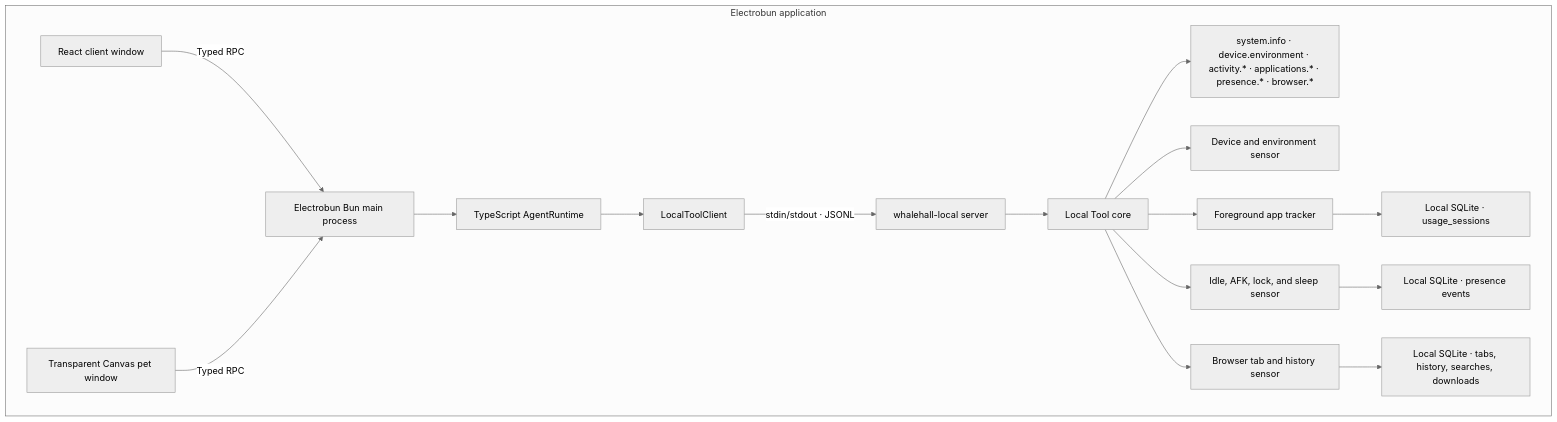
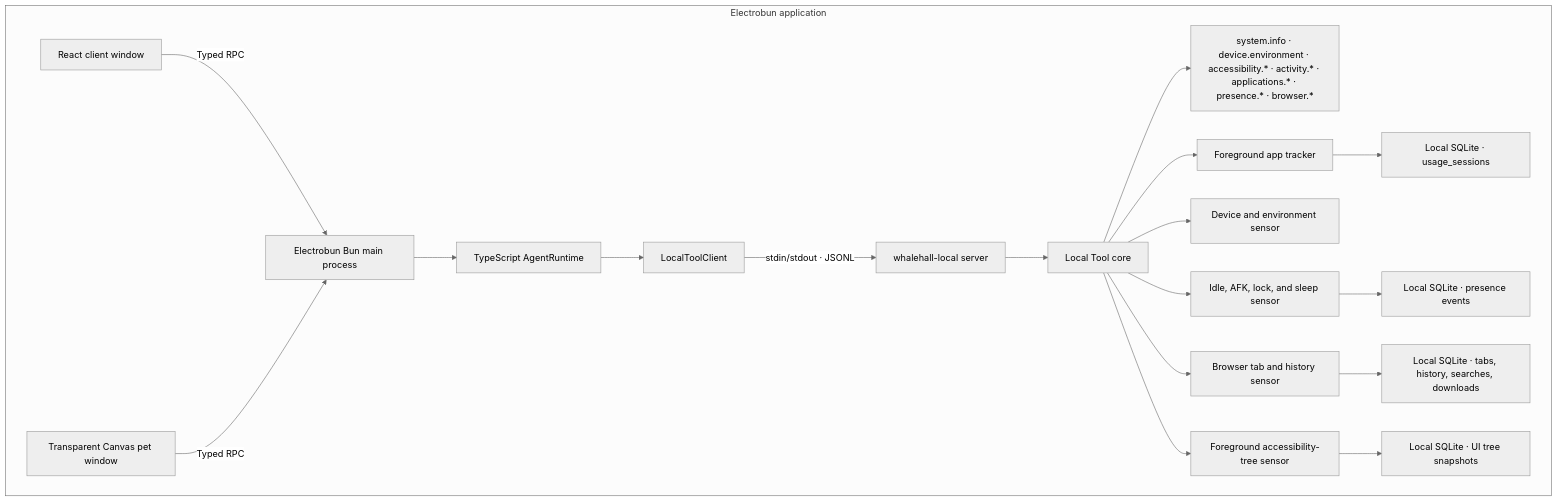
One commit to Sea-Go/Sea-WhaleHall changed the diagram in README.md. Above: the diagram before and after it, drawn with Mermaid (neutral theme). The commit also changed other lines of this file and 1 other file, not shown here.

Commit message:
feat(runtime): run accessibility sensor service

````diff
--- a/README.md
+++ b/README.md
@@ -11,19 +11,21 @@
 ```mermaid
 flowchart TB
   subgraph App["Electrobun application"]
     Client["React client window"] -->|"Typed RPC"| Bun["Electrobun Bun main process"]
     Pet["Transparent Canvas pet window"] -->|"Typed RPC"| Bun
     Bun --> Agent["TypeScript AgentRuntime"]
     Agent --> LocalClient["LocalToolClient"]
     LocalClient -->|"stdin/stdout · JSONL"| Server["whalehall-local server"]
     Server --> Core["Local Tool core"]
-    Core --> Tools["system.info · device.environment · activity.* · applications.* · presence.* · browser.*"]
+    Core --> Tools["system.info · device.environment · accessibility.* · activity.* · applications.* · presence.* · browser.*"]
+    Core --> Accessibility["Foreground accessibility-tree sensor"]
     Core --> DeviceSensor["Device and environment sensor"]
     Core --> Tracker["Foreground app tracker"]
     Core --> Presence["Idle, AFK, lock, and sleep sensor"]
     Core --> Browser["Browser tab and history sensor"]
     Tracker --> SQLite["Local SQLite · usage_sessions"]
     Presence --> PresenceSQLite["Local SQLite · presence events"]
     Browser --> BrowserSQLite["Local SQLite · tabs, history, searches, downloads"]
+    Accessibility --> AccessibilitySQLite["Local SQLite · UI tree snapshots"]
   end
 ```
````
